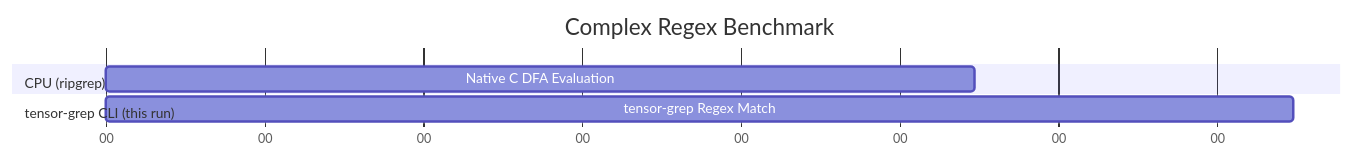
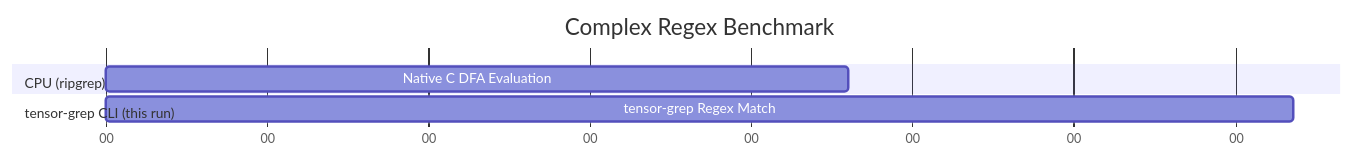
Before and after one commit to oimiragieo/tensor-grep: the second of 3 diagrams in docs/PAPER.md, drawn with Mermaid. The commit also changed other lines of this file and 1 other file, not shown here.

````diff
--- a/docs/PAPER.md
+++ b/docs/PAPER.md
@@ -102,12 +102,12 @@
 ```mermaid
 gantt
     title Complex Regex Benchmark
     dateFormat  s
     axisFormat %S
     
     section CPU (ripgrep)
-    Native C DFA Evaluation :a1, 0, 0.547s
+    Native C DFA Evaluation :a1, 0, 0.460s
     
     section tensor-grep CLI (this run)
-    tensor-grep Regex Match :a2, 0, 0.748s
+    tensor-grep Regex Match :a2, 0, 0.736s
 ```
````
